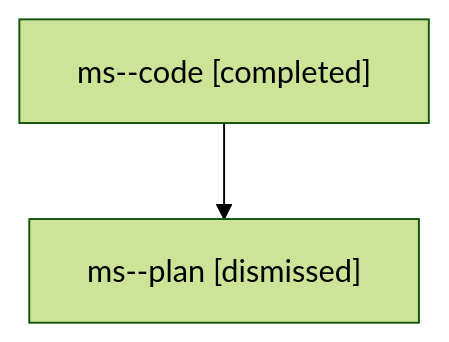
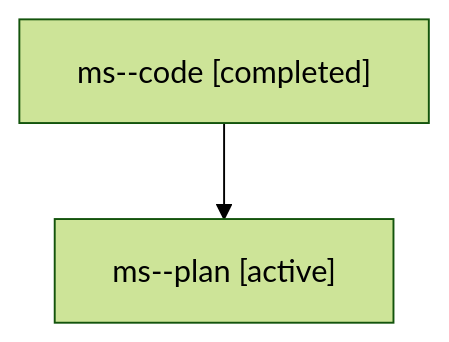
The diagram in families/bbugyi200.athena.ms.md (sase-org/sase--agents), drawn with Mermaid (forest theme) before and after one commit. The commit also changed other lines of this file and 5813 other files, not shown here.

````diff
--- a/families/bbugyi200.athena.ms.md
+++ b/families/bbugyi200.athena.ms.md
@@ -9,6 +9,6 @@
 ```mermaid
 flowchart TD
   n0["ms--code [completed]"]
-  n1["ms--plan [dismissed]"]
+  n1["ms--plan [active]"]
   n0 --> n1
 ```
````
